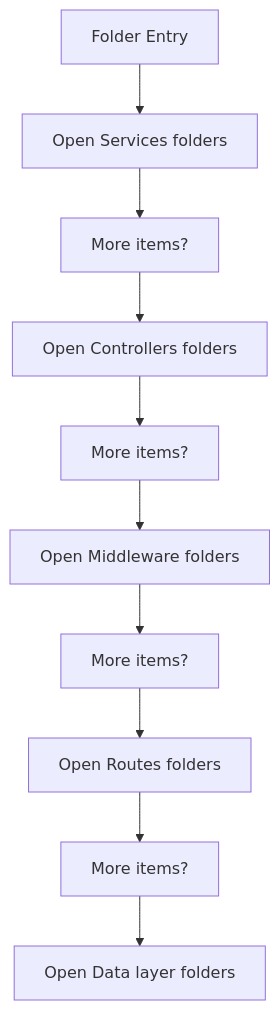
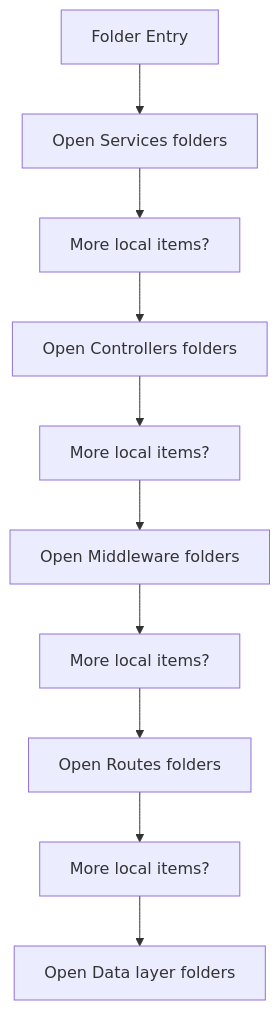
The first of 2 diagrams in docs/Codebase/Backend/src/README.md (JohnAndrewBalbarosa/NeoTerritory), drawn with Mermaid before and after one commit. The commit also changed other lines of this file and 915 other files, not shown here.

````diff
--- a/docs/Codebase/Backend/src/README.md
+++ b/docs/Codebase/Backend/src/README.md
@@ -17,22 +17,22 @@
 ```mermaid
 flowchart TD
     N0["Folder Entry"]
     N1["Open Services folders"]
-    N2["More items?"]
+    N2["More local items?"]
     N3["Open Controllers folders"]
-    N4["More items?"]
+    N4["More local items?"]
     N5["Open Middleware folders"]
-    N6["More items?"]
+    N6["More local items?"]
     N7["Open Routes folders"]
-    N8["More items?"]
+    N8["More local items?"]
     N9["Open Data layer folders"]
     N0 --> N1
     N1 --> N2
     N2 --> N3
     N3 --> N4
     N4 --> N5
     N5 --> N6
     N6 --> N7
     N7 --> N8
     N8 --> N9
 ```
````
